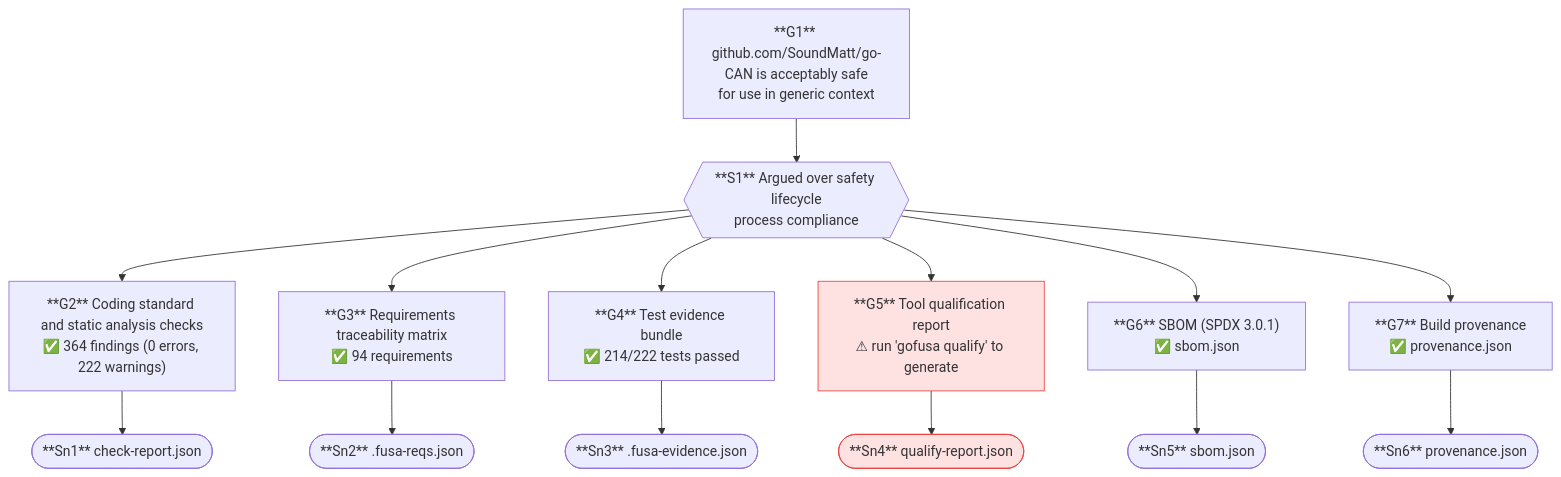
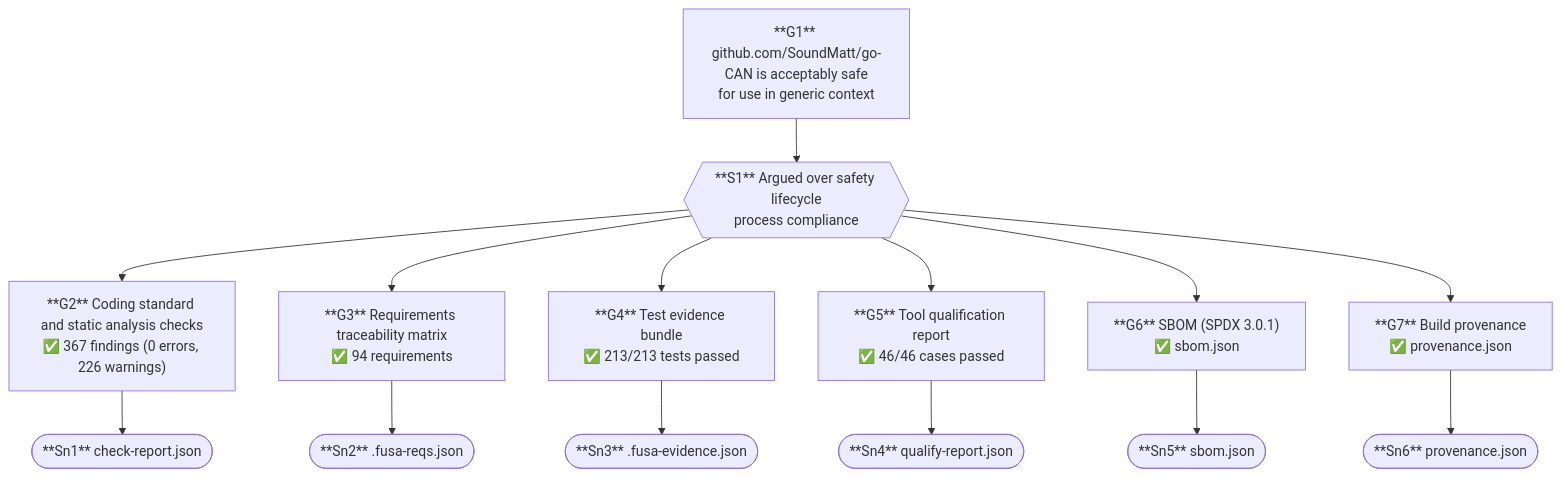
The diagram in safety-case.mermaid (SoundMatt/go-CAN), drawn with Mermaid before and after one commit. The commit also changed 21 other files, not shown here.

```diff
--- a/safety-case.mermaid
+++ b/safety-case.mermaid
@@ -1,30 +1,28 @@
 flowchart TD
     G1["**G1** github.com/SoundMatt/go-CAN is acceptably safe\nfor use in generic context"]
     S1{{"**S1** Argued over safety lifecycle\nprocess compliance"}}
-    G2["**G2** Coding standard and static analysis checks\n✅ 364 findings (0 errors, 222 warnings)"]
+    G2["**G2** Coding standard and static analysis checks\n✅ 367 findings (0 errors, 226 warnings)"]
     Sn1(["**Sn1** check-report.json"])
     G3["**G3** Requirements traceability matrix\n✅ 94 requirements"]
     Sn2(["**Sn2** .fusa-reqs.json"])
-    G4["**G4** Test evidence bundle\n✅ 214/222 tests passed"]
+    G4["**G4** Test evidence bundle\n✅ 213/213 tests passed"]
     Sn3(["**Sn3** .fusa-evidence.json"])
-    G5["**G5** Tool qualification report\n⚠ run 'gofusa qualify' to generate"]
+    G5["**G5** Tool qualification report\n✅ 46/46 cases passed"]
     Sn4(["**Sn4** qualify-report.json"])
     G6["**G6** SBOM (SPDX 3.0.1)\n✅ sbom.json"]
     Sn5(["**Sn5** sbom.json"])
     G7["**G7** Build provenance\n✅ provenance.json"]
     Sn6(["**Sn6** provenance.json"])
     G1 --> S1
     S1 --> G2
     S1 --> G3
     S1 --> G4
     S1 --> G5
     S1 --> G6
     S1 --> G7
     G2 --> Sn1
     G3 --> Sn2
     G4 --> Sn3
     G5 --> Sn4
     G6 --> Sn5
     G7 --> Sn6
-    style G5 fill:#fee2e2,stroke:#ef4444
-    style Sn4 fill:#fee2e2,stroke:#ef4444
```
